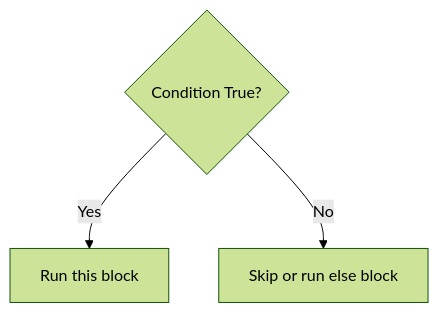
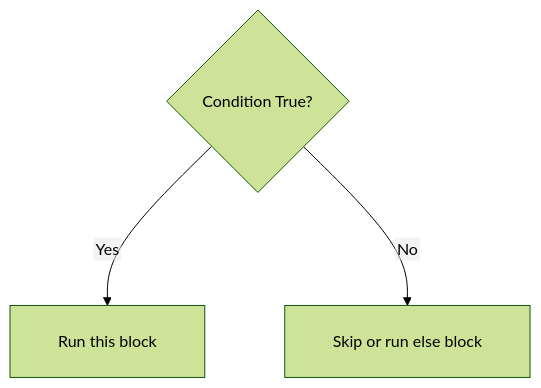
Before and after one commit to ABVenu/salcurriculum: the fourth of 7 diagrams in SAL-2026/Python Basics - English/S02/NotesPresentation.md, drawn with Mermaid (forest theme). The commit also changed other lines of this file and 820 other files, not shown here.

````diff
--- a/SAL-2026/Python Basics - English/S02/NotesPresentation.md
+++ b/SAL-2026/Python Basics - English/S02/NotesPresentation.md
@@ -234,6 +368,7 @@
 ```mermaid
+%%{init: {"flowchart": {"htmlLabels": false, "curve": "basis", "padding": 24, "nodeSpacing": 80, "rankSpacing": 90, "diagramPadding": 48}}}%%
 flowchart TB
-    C{Condition True?}
-    C -->|Yes| A[Run this block]
-    C -->|No| B[Skip or run else block]
+    C{"  Condition True?  "}
+    C -->|"  Yes  "| A["  Run this block  "]
+    C -->|"  No  "| B["  Skip or run else block  "]
 ```
````
